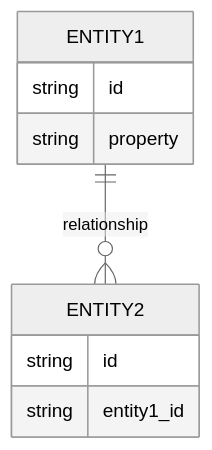
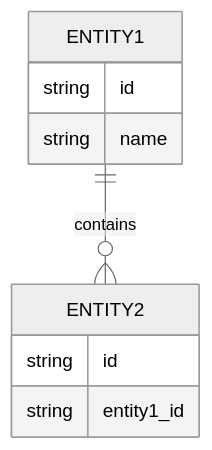
One commit to xincheng213618/OpenDeepWiki changed the fourth of 8 diagrams in src/KoalaWiki/Prompts/Warehouse/GenerateDocsDevelopmentTools.md. Above: the diagram before and after it, drawn with Mermaid (neutral theme). The commit also changed other lines of this file and 14 other files, not shown here.

````diff
--- a/src/KoalaWiki/Prompts/Warehouse/GenerateDocsDevelopmentTools.md
+++ b/src/KoalaWiki/Prompts/Warehouse/GenerateDocsDevelopmentTools.md
@@ -126,12 +115,12 @@
 ```mermaid
 erDiagram
-    ENTITY1 ||--o{ ENTITY2 : relationship
+    ENTITY1 ||--o{ ENTITY2 : contains
     ENTITY1 {
         string id
-        string property
+        string name
     }
     ENTITY2 {
         string id
         string entity1_id
     }
 ```
````
